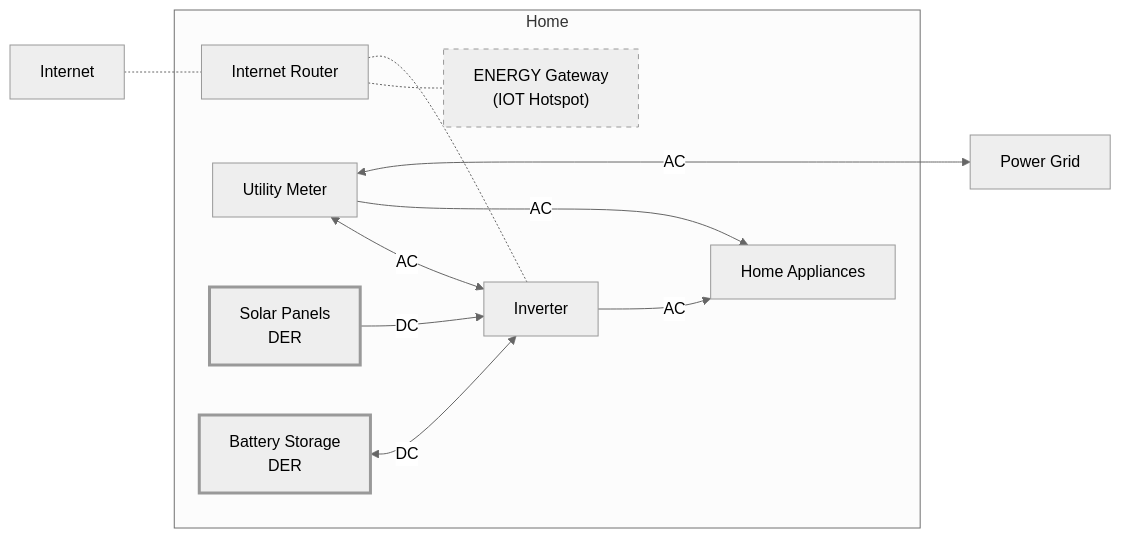
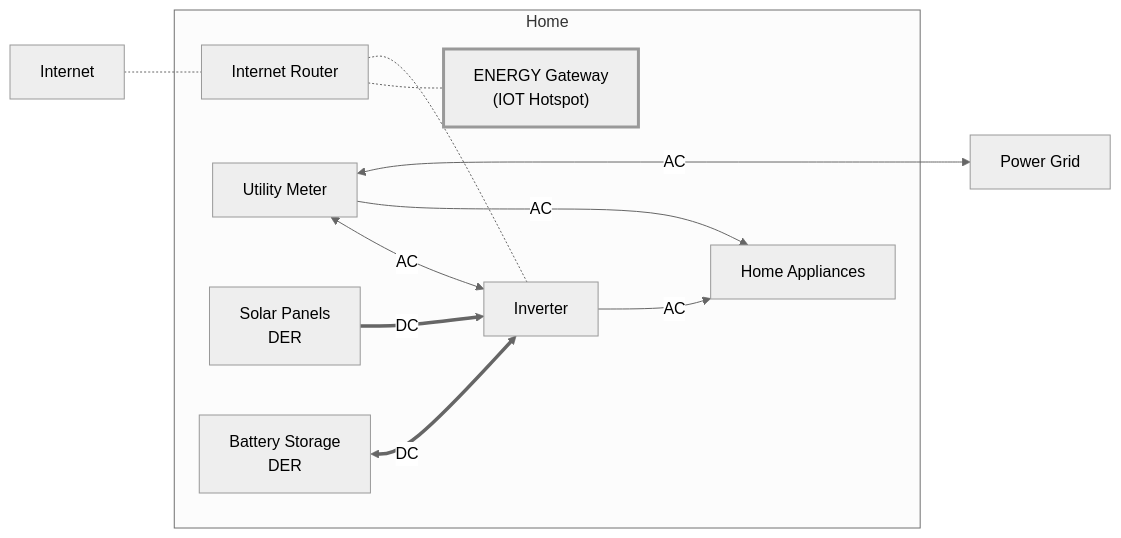
The first of 2 diagrams in 0128-energy-subnetwork.md (helium/HIP), drawn with Mermaid before and after one commit.

````diff
--- a/0128-energy-subnetwork.md
+++ b/0128-energy-subnetwork.md
@@ -52,22 +52,16 @@
 ```mermaid
 %%{init: {'theme': 'neutral'}}%%
 graph LR
-
     Internet[Internet] -.- InternetRouter
     Meter<---->|AC| PowerGrid[Power Grid]
-
     subgraph Home [Home]
         Meter-->|AC|HomeApp
         Meter[Utility Meter]<-->|AC|Inverter
-
-        Solar[Solar Panels\nDER] -->|DC| Inverter[Inverter]
-        style Solar stroke-width: 3px
-        Battery[Battery Storage\nDER] <-->|DC| Inverter
-        style Battery stroke-width: 3px
+        Solar[Solar Panels\nDER] ==>|DC| Inverter[Inverter]
+        Battery[Battery Storage\nDER] <==>|DC| Inverter
         Inverter -->|AC| HomeApp[Home Appliances]
-
-        style Gateway stroke-dasharray: 5,5
         InternetRouter[Gateway Controller] -.- Inverter
         InternetRouter[Internet Router] -.- Gateway[ENERGY Gateway\n#40;IOT Hotspot#41;]
+        style Gateway stroke-width: 3
     end
 ```
````
